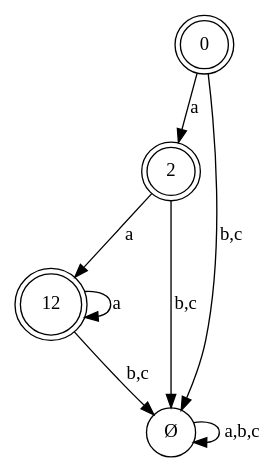
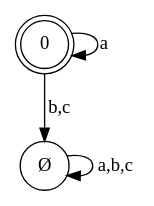
One commit to igorbragaia/CTC-34 changed the diagram in projeto_1/test-output/graph.gv. Above: the diagram before and after it, drawn with Graphviz. The commit also changed 3 other files, not shown here.

```diff
--- a/projeto_1/test-output/graph.gv
+++ b/projeto_1/test-output/graph.gv
@@ -1,13 +1,7 @@
 digraph {
 	0 [shape=doublecircle]
-	2 [shape=doublecircle]
-	12 [shape=doublecircle]
 	"Ø" [shape=circle]
-	0 -> 2 [label=a]
-	2 -> 12 [label=a]
-	12 -> 12 [label=a]
 	"Ø" -> "Ø" [label="a,b,c"]
 	0 -> "Ø" [label="b,c"]
-	2 -> "Ø" [label="b,c"]
-	12 -> "Ø" [label="b,c"]
+	0 -> 0 [label=a]
 }
```
